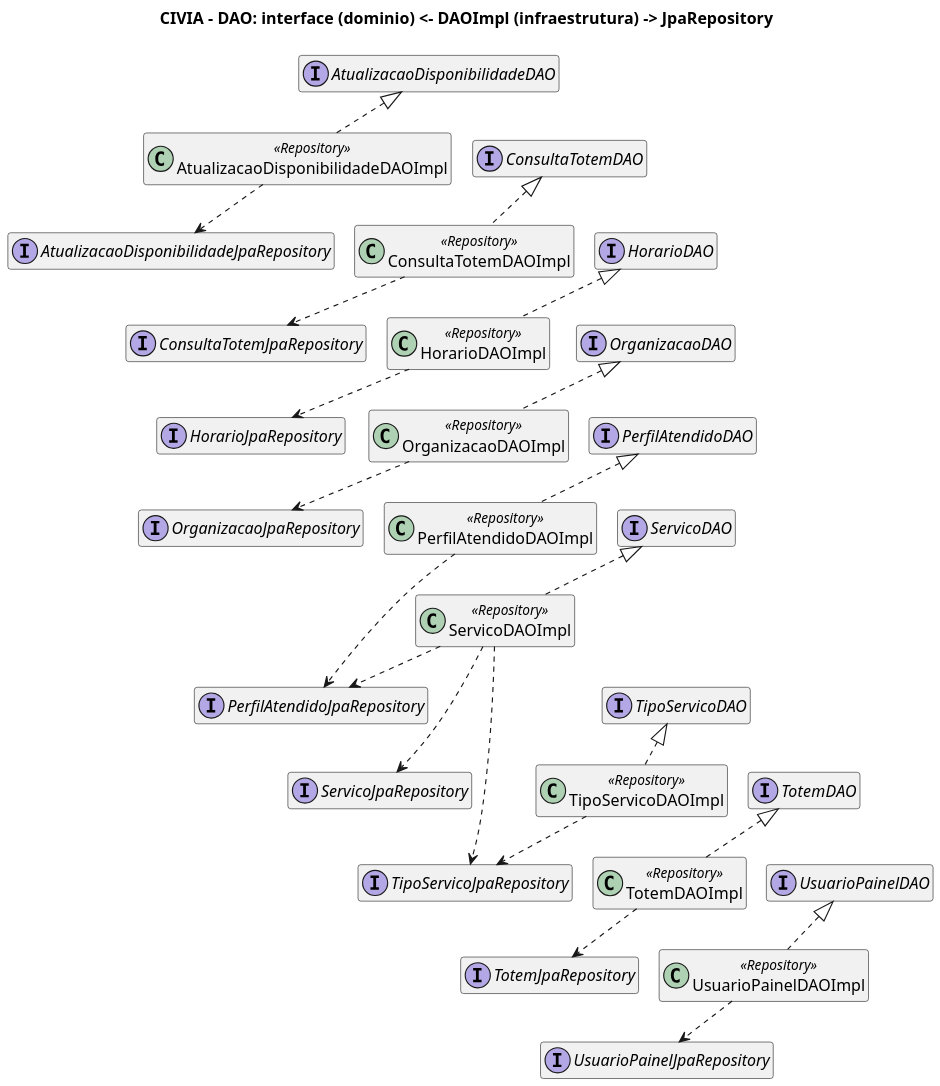
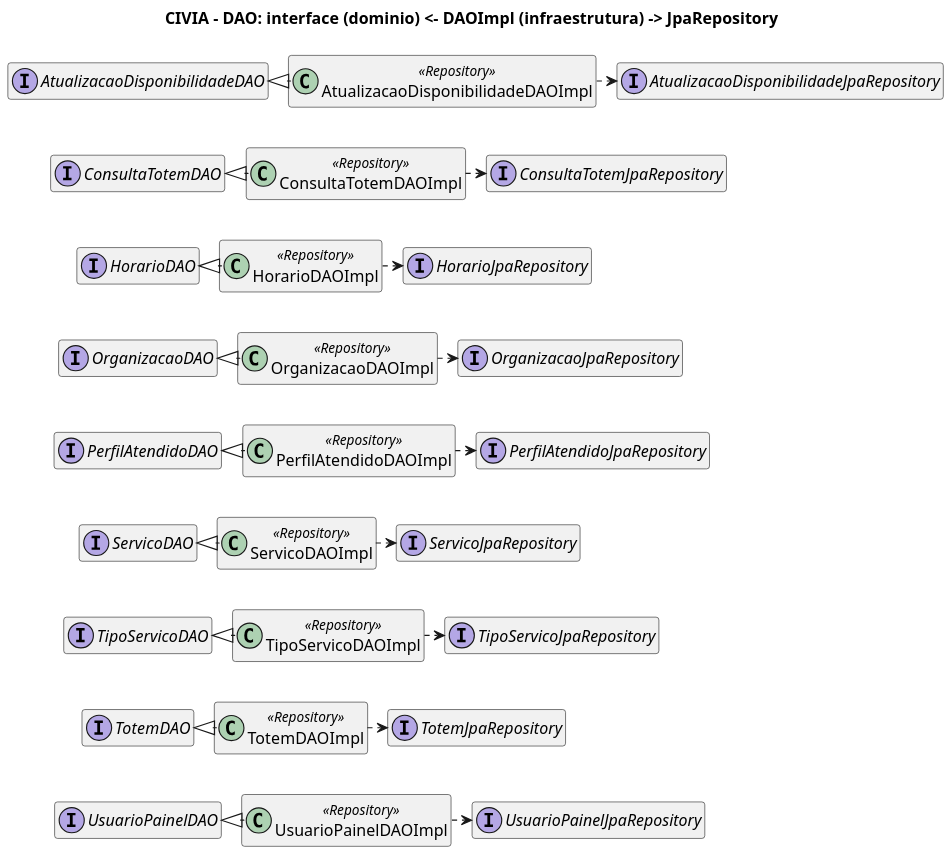
The diagram in docs/partes/05-dao-implementacoes.puml (Gabrielvianaana/civia-api), drawn with PlantUML before and after one commit. The commit also changed 8 other files, not shown here.

Commit message:
Diagramas e DER ajustados para o PDF

```diff
--- a/docs/partes/05-dao-implementacoes.puml
+++ b/docs/partes/05-dao-implementacoes.puml
@@ -1,108 +1,89 @@
 @startuml
 title CIVIA - DAO: interface (dominio) <- DAOImpl (infraestrutura) -> JpaRepository
 ' Gerado a partir do codigo-fonte Java (pasta civia-*/src/main/java).
 !pragma layout smetana
 skinparam classAttributeIconSize 0
 skinparam shadowing false
 skinparam dpi 150
 hide empty members
-top to bottom direction
 interface AtualizacaoDisponibilidadeDAO {
 }
 class AtualizacaoDisponibilidadeDAOImpl <<Repository>> {
 }
 interface AtualizacaoDisponibilidadeJpaRepository {
 }
+AtualizacaoDisponibilidadeDAO <|.right. AtualizacaoDisponibilidadeDAOImpl
+AtualizacaoDisponibilidadeDAOImpl .right.> AtualizacaoDisponibilidadeJpaRepository
 interface ConsultaTotemDAO {
 }
 class ConsultaTotemDAOImpl <<Repository>> {
 }
 interface ConsultaTotemJpaRepository {
 }
+ConsultaTotemDAO <|.right. ConsultaTotemDAOImpl
+ConsultaTotemDAOImpl .right.> ConsultaTotemJpaRepository
+AtualizacaoDisponibilidadeDAO -[hidden]down- ConsultaTotemDAO
 interface HorarioDAO {
 }
 class HorarioDAOImpl <<Repository>> {
 }
 interface HorarioJpaRepository {
 }
+HorarioDAO <|.right. HorarioDAOImpl
+HorarioDAOImpl .right.> HorarioJpaRepository
+ConsultaTotemDAO -[hidden]down- HorarioDAO
 interface OrganizacaoDAO {
 }
 class OrganizacaoDAOImpl <<Repository>> {
 }
 interface OrganizacaoJpaRepository {
 }
+OrganizacaoDAO <|.right. OrganizacaoDAOImpl
+OrganizacaoDAOImpl .right.> OrganizacaoJpaRepository
+HorarioDAO -[hidden]down- OrganizacaoDAO
 interface PerfilAtendidoDAO {
 }
 class PerfilAtendidoDAOImpl <<Repository>> {
 }
 interface PerfilAtendidoJpaRepository {
 }
+PerfilAtendidoDAO <|.right. PerfilAtendidoDAOImpl
+PerfilAtendidoDAOImpl .right.> PerfilAtendidoJpaRepository
+OrganizacaoDAO -[hidden]down- PerfilAtendidoDAO
 interface ServicoDAO {
 }
 class ServicoDAOImpl <<Repository>> {
 }
 interface ServicoJpaRepository {
 }
+ServicoDAO <|.right. ServicoDAOImpl
+ServicoDAOImpl .right.> ServicoJpaRepository
+PerfilAtendidoDAO -[hidden]down- ServicoDAO
 interface TipoServicoDAO {
 }
 class TipoServicoDAOImpl <<Repository>> {
 }
 interface TipoServicoJpaRepository {
 }
+TipoServicoDAO <|.right. TipoServicoDAOImpl
+TipoServicoDAOImpl .right.> TipoServicoJpaRepository
+ServicoDAO -[hidden]down- TipoServicoDAO
 interface TotemDAO {
 }
 class TotemDAOImpl <<Repository>> {
 }
 interface TotemJpaRepository {
 }
+TotemDAO <|.right. TotemDAOImpl
+TotemDAOImpl .right.> TotemJpaRepository
+TipoServicoDAO -[hidden]down- TotemDAO
 interface UsuarioPainelDAO {
 }
 class UsuarioPainelDAOImpl <<Repository>> {
 }
 interface UsuarioPainelJpaRepository {
 }
-AtualizacaoDisponibilidadeDAO <|.. AtualizacaoDisponibilidadeDAOImpl
-AtualizacaoDisponibilidadeDAOImpl ..> AtualizacaoDisponibilidadeJpaRepository
-ConsultaTotemDAO <|.. ConsultaTotemDAOImpl
-ConsultaTotemDAOImpl ..> ConsultaTotemJpaRepository
-HorarioDAO <|.. HorarioDAOImpl
-HorarioDAOImpl ..> HorarioJpaRepository
-OrganizacaoDAO <|.. OrganizacaoDAOImpl
-OrganizacaoDAOImpl ..> OrganizacaoJpaRepository
-PerfilAtendidoDAO <|.. PerfilAtendidoDAOImpl
-PerfilAtendidoDAOImpl ..> PerfilAtendidoJpaRepository
-ServicoDAO <|.. ServicoDAOImpl
-ServicoDAOImpl ..> PerfilAtendidoJpaRepository
-ServicoDAOImpl ..> ServicoJpaRepository
-ServicoDAOImpl ..> TipoServicoJpaRepository
-TipoServicoDAO <|.. TipoServicoDAOImpl
-TipoServicoDAOImpl ..> TipoServicoJpaRepository
-TotemDAO <|.. TotemDAOImpl
-TotemDAOImpl ..> TotemJpaRepository
-UsuarioPainelDAO <|.. UsuarioPainelDAOImpl
-UsuarioPainelDAOImpl ..> UsuarioPainelJpaRepository
-AtualizacaoDisponibilidadeDAO -[hidden]down- ConsultaTotemDAO
-AtualizacaoDisponibilidadeDAOImpl -[hidden]down- ConsultaTotemDAOImpl
-AtualizacaoDisponibilidadeJpaRepository -[hidden]down- ConsultaTotemJpaRepository
-ConsultaTotemDAO -[hidden]down- HorarioDAO
-ConsultaTotemDAOImpl -[hidden]down- HorarioDAOImpl
-ConsultaTotemJpaRepository -[hidden]down- HorarioJpaRepository
-HorarioDAO -[hidden]down- OrganizacaoDAO
-HorarioDAOImpl -[hidden]down- OrganizacaoDAOImpl
-HorarioJpaRepository -[hidden]down- OrganizacaoJpaRepository
-OrganizacaoDAO -[hidden]down- PerfilAtendidoDAO
-OrganizacaoDAOImpl -[hidden]down- PerfilAtendidoDAOImpl
-OrganizacaoJpaRepository -[hidden]down- PerfilAtendidoJpaRepository
-PerfilAtendidoDAO -[hidden]down- ServicoDAO
-PerfilAtendidoDAOImpl -[hidden]down- ServicoDAOImpl
-PerfilAtendidoJpaRepository -[hidden]down- ServicoJpaRepository
-ServicoDAO -[hidden]down- TipoServicoDAO
-ServicoDAOImpl -[hidden]down- TipoServicoDAOImpl
-ServicoJpaRepository -[hidden]down- TipoServicoJpaRepository
-TipoServicoDAO -[hidden]down- TotemDAO
-TipoServicoDAOImpl -[hidden]down- TotemDAOImpl
-TipoServicoJpaRepository -[hidden]down- TotemJpaRepository
+UsuarioPainelDAO <|.right. UsuarioPainelDAOImpl
+UsuarioPainelDAOImpl .right.> UsuarioPainelJpaRepository
 TotemDAO -[hidden]down- UsuarioPainelDAO
-TotemDAOImpl -[hidden]down- UsuarioPainelDAOImpl
-TotemJpaRepository -[hidden]down- UsuarioPainelJpaRepository
 @enduml
```
